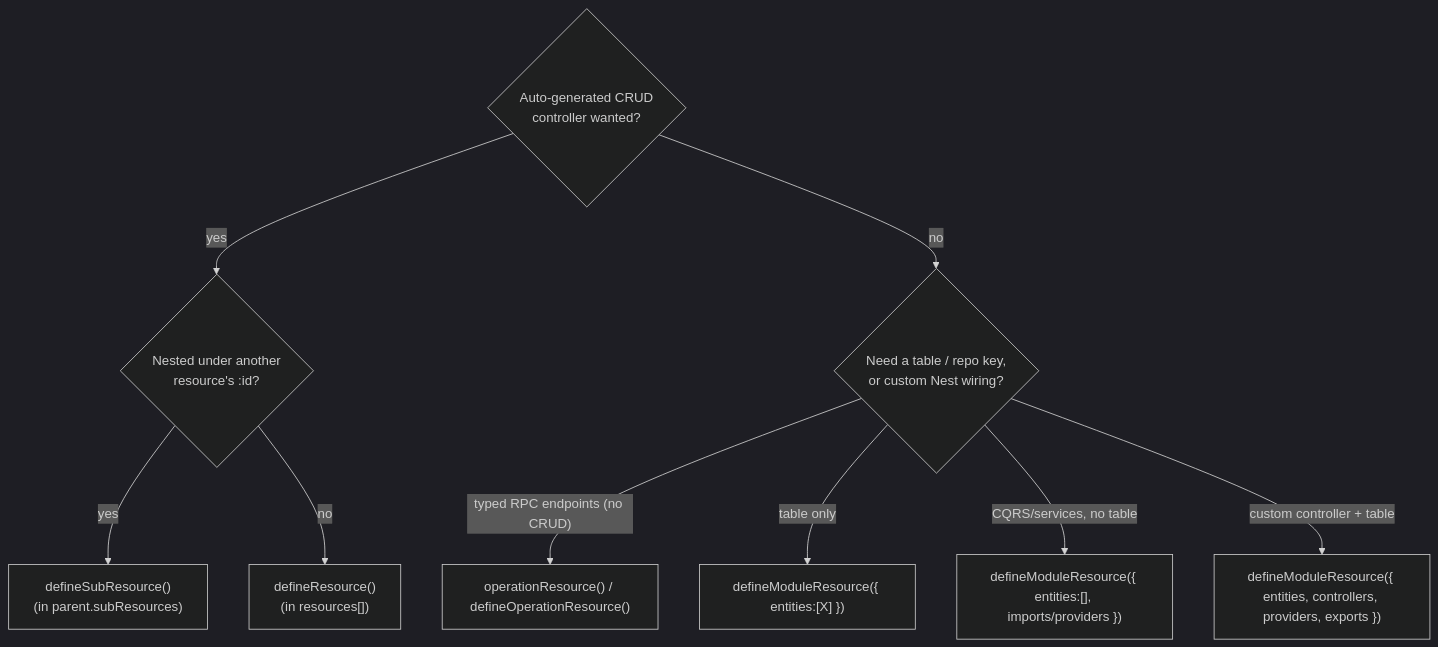
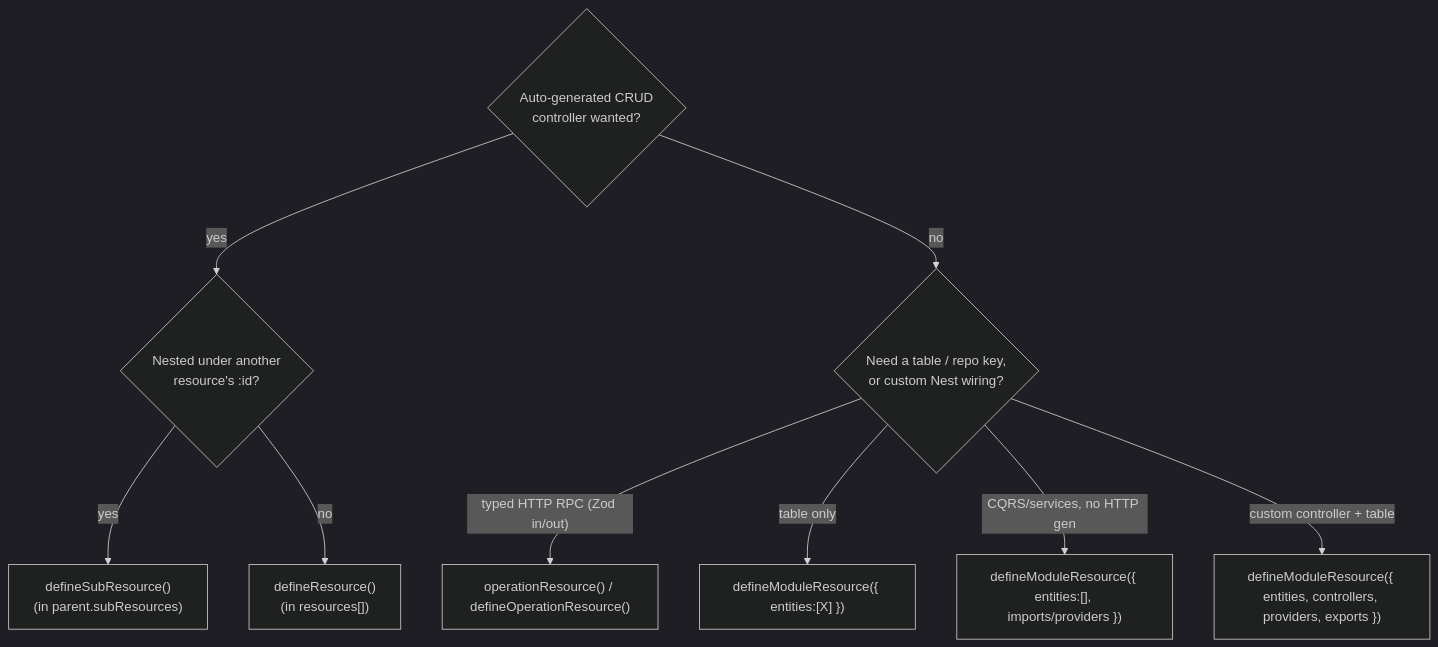
Before and after one commit to conceptadev/rockets: the sixth of 6 diagrams in CONFIGURATION.md, drawn with Mermaid (dark theme). The commit also changed other lines of this file and 12 other files, not shown here.

First line of the commit message:
docs: align operationResource docs with #43/#50 surface

````diff
--- a/CONFIGURATION.md
+++ b/CONFIGURATION.md
@@ -758,12 +776,12 @@
 ```mermaid
 flowchart TD
   Q1{"Auto-generated CRUD\ncontroller wanted?"}
   Q1 -- yes --> Q2{"Nested under another\nresource's :id?"}
   Q2 -- yes --> SUB["defineSubResource()\n(in parent.subResources)"]
   Q2 -- no  --> RES["defineResource()\n(in resources[])"]
   Q1 -- no --> Q3{"Need a table / repo key,\nor custom Nest wiring?"}
-  Q3 -- "typed RPC endpoints (no CRUD)" --> OPS["operationResource() / defineOperationResource()"]
+  Q3 -- "typed HTTP RPC (Zod in/out)" --> OPS["operationResource() / defineOperationResource()"]
   Q3 -- "table only" --> MOD1["defineModuleResource({ entities:[X] })"]
-  Q3 -- "CQRS/services, no table" --> MOD2["defineModuleResource({ entities:[], imports/providers })"]
+  Q3 -- "CQRS/services, no HTTP gen" --> MOD2["defineModuleResource({ entities:[], imports/providers })"]
   Q3 -- "custom controller + table" --> MOD3["defineModuleResource({ entities, controllers, providers, exports })"]
 ```
````
